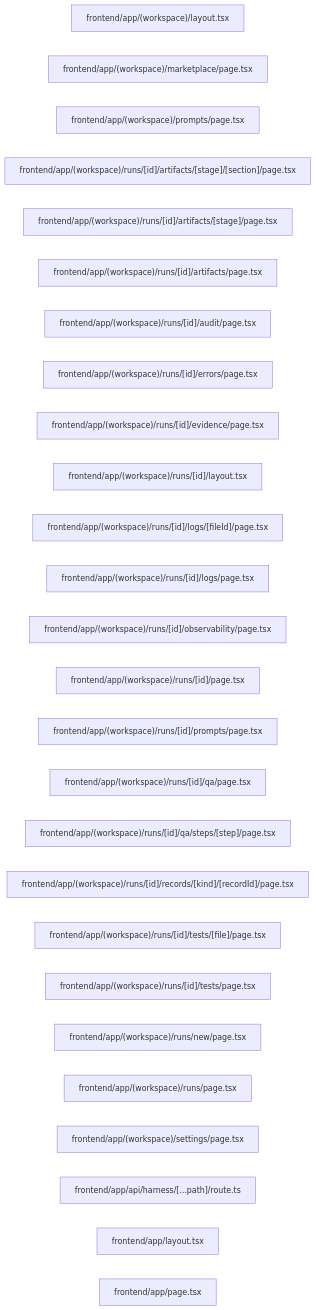
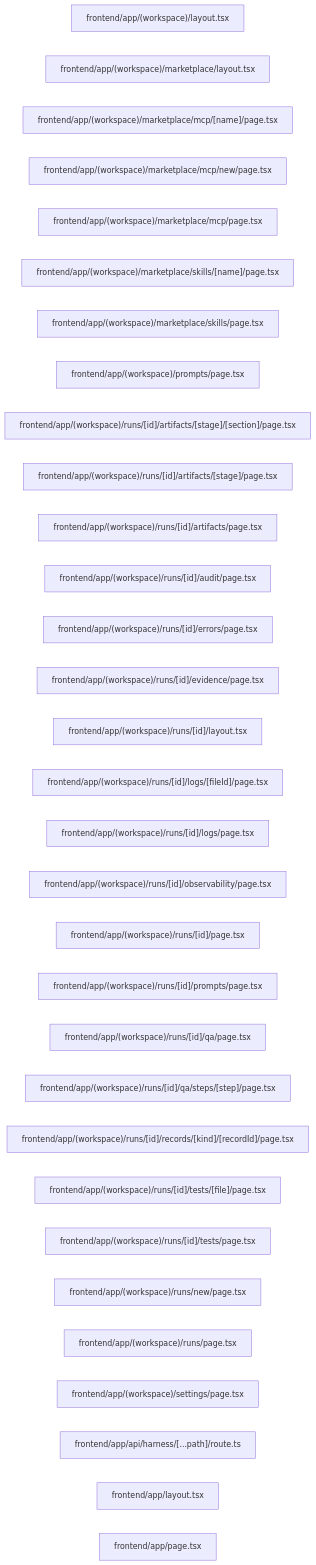
Before and after one commit to sarveshtalele/maf-harness-testing: the seventh of 21 diagrams in docs/ARCHITECTURE_MAP.md, drawn with Mermaid. The commit also changed other lines of this file, not shown here.

Commit message:
docs: regenerate architecture map for marketplace routes and MCP pages

````diff
--- a/docs/ARCHITECTURE_MAP.md
+++ b/docs/ARCHITECTURE_MAP.md
@@ -285,29 +285,34 @@
 ```mermaid
 flowchart LR
   f0["frontend/app/(workspace)/layout.tsx"]
-  f1["frontend/app/(workspace)/marketplace/page.tsx"]
-  f2["frontend/app/(workspace)/prompts/page.tsx"]
-  f3["frontend/app/(workspace)/runs/[id]/artifacts/[stage]/[section]/page.tsx"]
-  f4["frontend/app/(workspace)/runs/[id]/artifacts/[stage]/page.tsx"]
-  f5["frontend/app/(workspace)/runs/[id]/artifacts/page.tsx"]
-  f6["frontend/app/(workspace)/runs/[id]/audit/page.tsx"]
-  f7["frontend/app/(workspace)/runs/[id]/errors/page.tsx"]
-  f8["frontend/app/(workspace)/runs/[id]/evidence/page.tsx"]
-  f9["frontend/app/(workspace)/runs/[id]/layout.tsx"]
-  f10["frontend/app/(workspace)/runs/[id]/logs/[fileId]/page.tsx"]
-  f11["frontend/app/(workspace)/runs/[id]/logs/page.tsx"]
-  f12["frontend/app/(workspace)/runs/[id]/observability/page.tsx"]
-  f13["frontend/app/(workspace)/runs/[id]/page.tsx"]
-  f14["frontend/app/(workspace)/runs/[id]/prompts/page.tsx"]
-  f15["frontend/app/(workspace)/runs/[id]/qa/page.tsx"]
-  f16["frontend/app/(workspace)/runs/[id]/qa/steps/[step]/page.tsx"]
-  f17["frontend/app/(workspace)/runs/[id]/records/[kind]/[recordId]/page.tsx"]
-  f18["frontend/app/(workspace)/runs/[id]/tests/[file]/page.tsx"]
-  f19["frontend/app/(workspace)/runs/[id]/tests/page.tsx"]
-  f20["frontend/app/(workspace)/runs/new/page.tsx"]
-  f21["frontend/app/(workspace)/runs/page.tsx"]
-  f22["frontend/app/(workspace)/settings/page.tsx"]
-  f23["frontend/app/api/harness/[...path]/route.ts"]
-  f24["frontend/app/layout.tsx"]
-  f25["frontend/app/page.tsx"]
+  f1["frontend/app/(workspace)/marketplace/layout.tsx"]
+  f2["frontend/app/(workspace)/marketplace/mcp/[name]/page.tsx"]
+  f3["frontend/app/(workspace)/marketplace/mcp/new/page.tsx"]
+  f4["frontend/app/(workspace)/marketplace/mcp/page.tsx"]
+  f5["frontend/app/(workspace)/marketplace/skills/[name]/page.tsx"]
+  f6["frontend/app/(workspace)/marketplace/skills/page.tsx"]
+  f7["frontend/app/(workspace)/prompts/page.tsx"]
+  f8["frontend/app/(workspace)/runs/[id]/artifacts/[stage]/[section]/page.tsx"]
+  f9["frontend/app/(workspace)/runs/[id]/artifacts/[stage]/page.tsx"]
+  f10["frontend/app/(workspace)/runs/[id]/artifacts/page.tsx"]
+  f11["frontend/app/(workspace)/runs/[id]/audit/page.tsx"]
+  f12["frontend/app/(workspace)/runs/[id]/errors/page.tsx"]
+  f13["frontend/app/(workspace)/runs/[id]/evidence/page.tsx"]
+  f14["frontend/app/(workspace)/runs/[id]/layout.tsx"]
+  f15["frontend/app/(workspace)/runs/[id]/logs/[fileId]/page.tsx"]
+  f16["frontend/app/(workspace)/runs/[id]/logs/page.tsx"]
+  f17["frontend/app/(workspace)/runs/[id]/observability/page.tsx"]
+  f18["frontend/app/(workspace)/runs/[id]/page.tsx"]
+  f19["frontend/app/(workspace)/runs/[id]/prompts/page.tsx"]
+  f20["frontend/app/(workspace)/runs/[id]/qa/page.tsx"]
+  f21["frontend/app/(workspace)/runs/[id]/qa/steps/[step]/page.tsx"]
+  f22["frontend/app/(workspace)/runs/[id]/records/[kind]/[recordId]/page.tsx"]
+  f23["frontend/app/(workspace)/runs/[id]/tests/[file]/page.tsx"]
+  f24["frontend/app/(workspace)/runs/[id]/tests/page.tsx"]
+  f25["frontend/app/(workspace)/runs/new/page.tsx"]
+  f26["frontend/app/(workspace)/runs/page.tsx"]
+  f27["frontend/app/(workspace)/settings/page.tsx"]
+  f28["frontend/app/api/harness/[...path]/route.ts"]
+  f29["frontend/app/layout.tsx"]
+  f30["frontend/app/page.tsx"]
 ```
````
